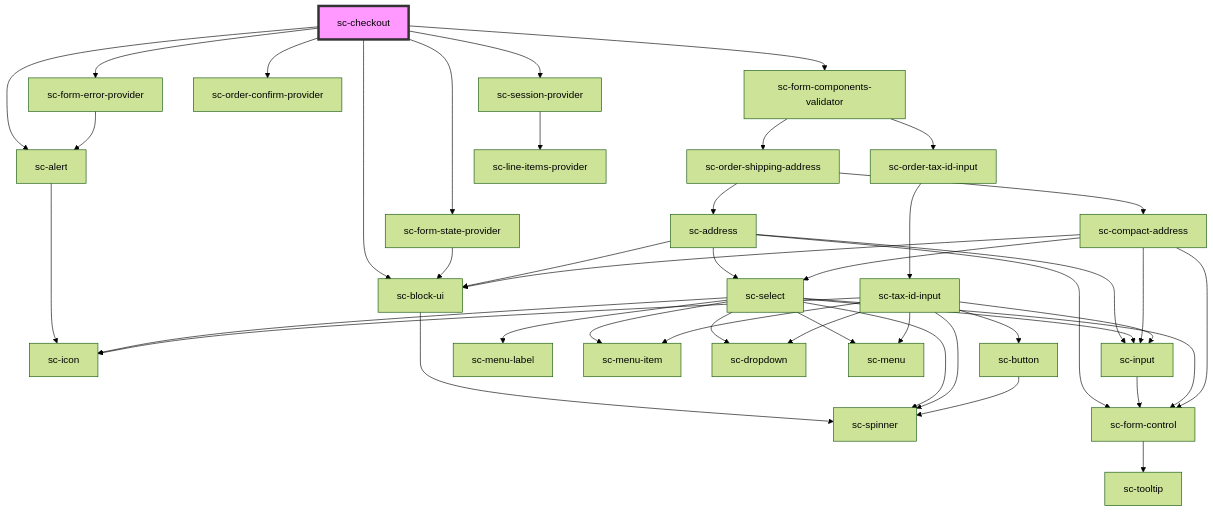
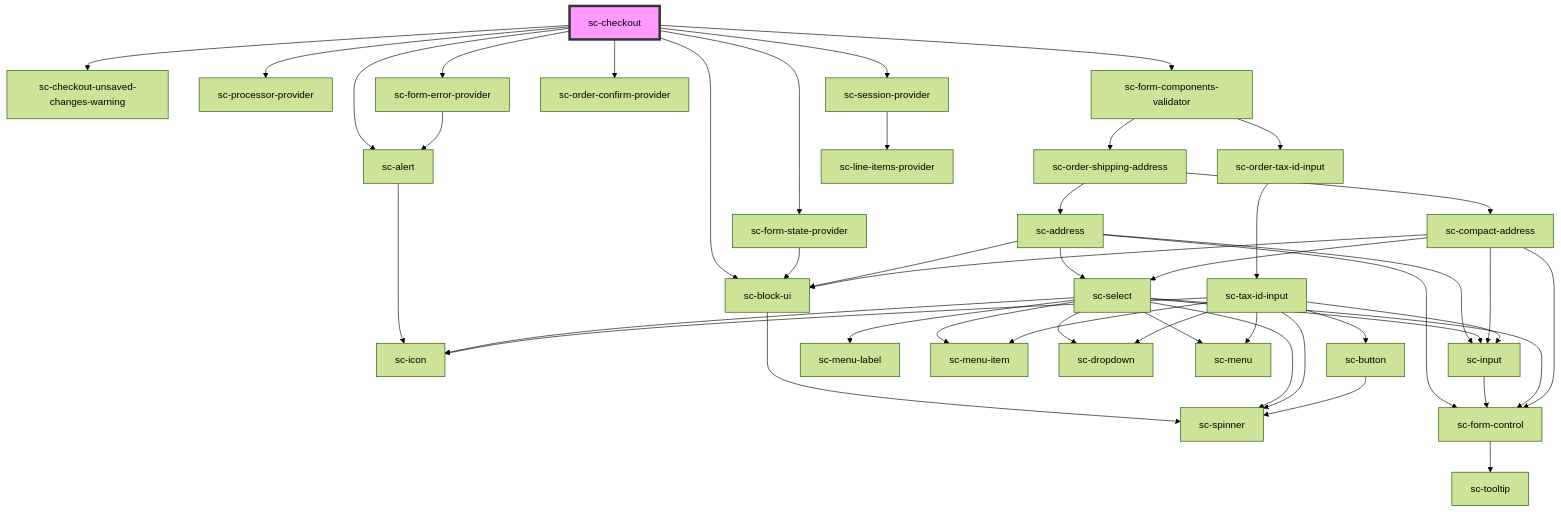
One commit to surecart/surecart-wp-plugin changed the diagram in packages/components/src/components/controllers/checkout-form/checkout/readme.md. Above: the diagram before and after it, drawn with Mermaid (forest theme). The commit also changed other lines of this file and 22 other files, not shown here.

````diff
--- a/packages/components/src/components/controllers/checkout-form/checkout/readme.md
+++ b/packages/components/src/components/controllers/checkout-form/checkout/readme.md
@@ -75,47 +78,49 @@
 ```mermaid
 graph TD;
   sc-checkout --> sc-alert
+  sc-checkout --> sc-checkout-unsaved-changes-warning
+  sc-checkout --> sc-processor-provider
   sc-checkout --> sc-form-state-provider
   sc-checkout --> sc-form-error-provider
   sc-checkout --> sc-form-components-validator
   sc-checkout --> sc-order-confirm-provider
   sc-checkout --> sc-session-provider
   sc-checkout --> sc-block-ui
   sc-alert --> sc-icon
   sc-form-state-provider --> sc-block-ui
   sc-block-ui --> sc-spinner
   sc-form-error-provider --> sc-alert
   sc-form-components-validator --> sc-order-shipping-address
   sc-form-components-validator --> sc-order-tax-id-input
   sc-order-shipping-address --> sc-address
   sc-order-shipping-address --> sc-compact-address
   sc-address --> sc-form-control
   sc-address --> sc-input
   sc-address --> sc-select
   sc-address --> sc-block-ui
   sc-form-control --> sc-tooltip
   sc-input --> sc-form-control
   sc-select --> sc-icon
   sc-select --> sc-menu-label
   sc-select --> sc-menu-item
   sc-select --> sc-form-control
   sc-select --> sc-dropdown
   sc-select --> sc-input
   sc-select --> sc-spinner
   sc-select --> sc-menu
   sc-compact-address --> sc-form-control
   sc-compact-address --> sc-select
   sc-compact-address --> sc-input
   sc-compact-address --> sc-block-ui
   sc-order-tax-id-input --> sc-tax-id-input
   sc-tax-id-input --> sc-icon
   sc-tax-id-input --> sc-input
   sc-tax-id-input --> sc-spinner
   sc-tax-id-input --> sc-dropdown
   sc-tax-id-input --> sc-button
   sc-tax-id-input --> sc-menu
   sc-tax-id-input --> sc-menu-item
   sc-button --> sc-spinner
   sc-session-provider --> sc-line-items-provider
   style sc-checkout fill:#f9f,stroke:#333,stroke-width:4px
 ```
````
